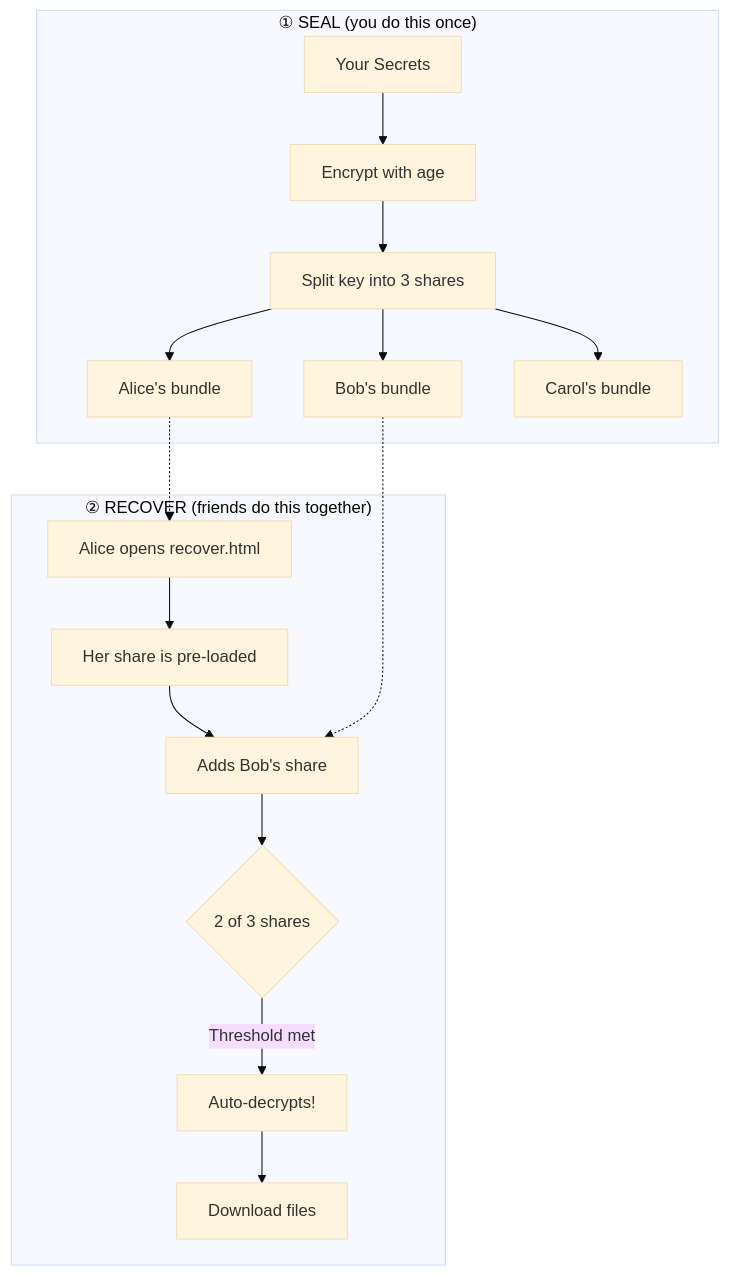
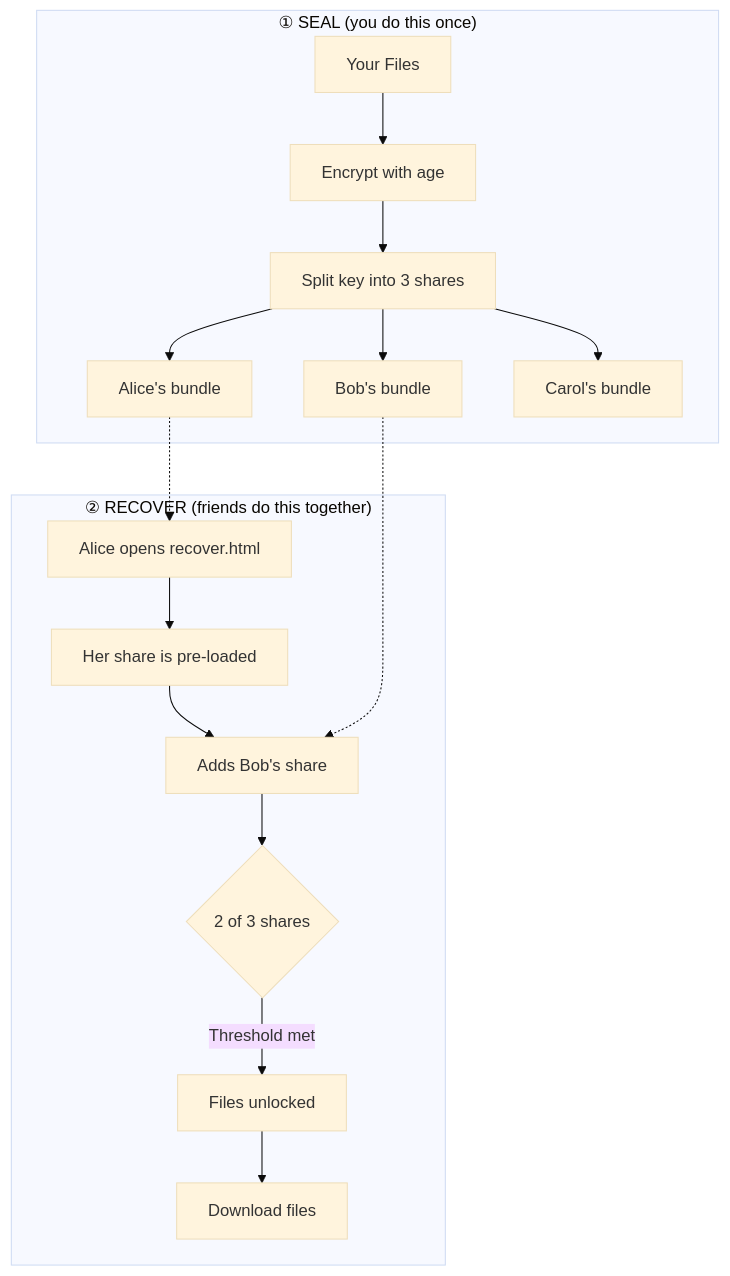
The diagram in README.md (h200101/rememory), drawn with Mermaid (base theme) before and after one commit. The commit also changed other lines of this file, not shown here.

````diff
--- a/README.md
+++ b/README.md
@@ -15,21 +13,21 @@
 ```mermaid
 graph TB
     subgraph seal["① SEAL (you do this once)"]
-        A[Your Secrets] --> B[Encrypt with age]
+        A[Your Files] --> B[Encrypt with age]
         B --> C[Split key into 3 shares]
         C --> D1[Alice's bundle]
         C --> D2[Bob's bundle]
         C --> D3[Carol's bundle]
     end
 
     subgraph recover["② RECOVER (friends do this together)"]
         R1[Alice opens recover.html] --> R2[Her share is pre-loaded]
         R2 --> R3[Adds Bob's share]
         R3 --> R5{2 of 3 shares}
-        R5 -->|Threshold met| R6[Auto-decrypts!]
+        R5 -->|Threshold met| R6[Files unlocked]
         R6 --> R7[Download files]
     end
 
     D1 -.-> R1
     D2 -.-> R3
 ```
````
